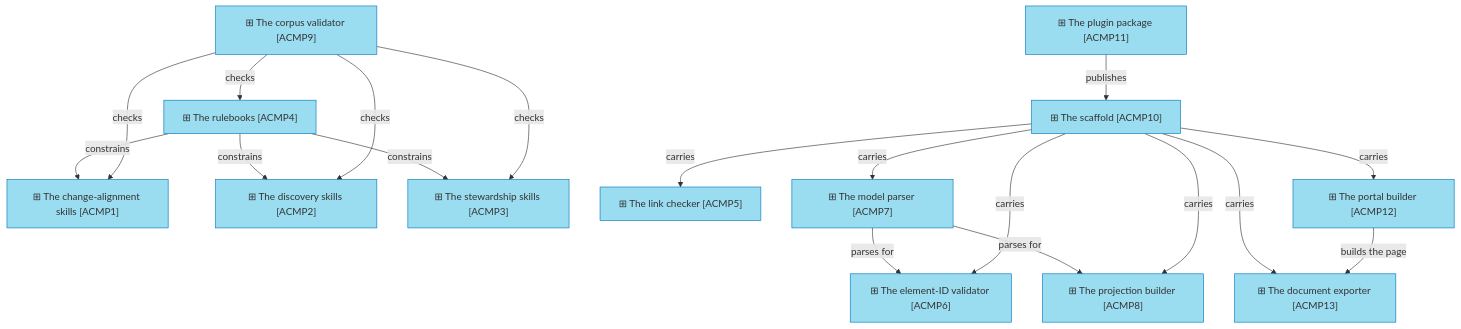
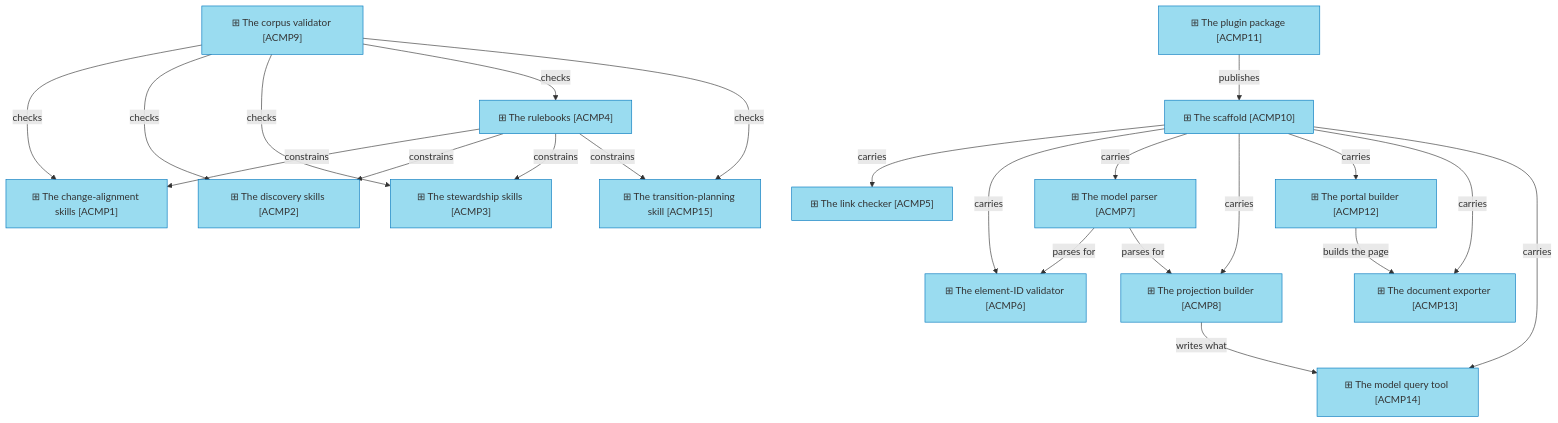
One commit to roanboc/architecture-archreator changed the second of 2 diagrams in product-archreator/architecture/4_application/2_application-components.md. Above: the diagram before and after it, drawn with Mermaid. The commit also changed other lines of this file and 15 other files, not shown here.

````diff
--- a/product-archreator/architecture/4_application/2_application-components.md
+++ b/product-archreator/architecture/4_application/2_application-components.md
@@ -33,36 +33,42 @@
 ```mermaid
 flowchart TB
   acmp1["⊞ The change-alignment skills [ACMP1]"]:::component
   acmp2["⊞ The discovery skills [ACMP2]"]:::component
   acmp3["⊞ The stewardship skills [ACMP3]"]:::component
   acmp4["⊞ The rulebooks [ACMP4]"]:::component
   acmp5["⊞ The link checker [ACMP5]"]:::component
   acmp6["⊞ The element-ID validator [ACMP6]"]:::component
   acmp7["⊞ The model parser [ACMP7]"]:::component
   acmp8["⊞ The projection builder [ACMP8]"]:::component
   acmp9["⊞ The corpus validator [ACMP9]"]:::component
   acmp10["⊞ The scaffold [ACMP10]"]:::component
   acmp11["⊞ The plugin package [ACMP11]"]:::component
   acmp12["⊞ The portal builder [ACMP12]"]:::component
   acmp13["⊞ The document exporter [ACMP13]"]:::component
+  acmp14["⊞ The model query tool [ACMP14]"]:::component
+  acmp15["⊞ The transition-planning skill [ACMP15]"]:::component
 
   acmp4 -->|constrains| acmp1
   acmp4 -->|constrains| acmp2
   acmp4 -->|constrains| acmp3
+  acmp4 -->|constrains| acmp15
   acmp7 -->|parses for| acmp6
   acmp7 -->|parses for| acmp8
+  acmp8 -->|writes what| acmp14
   acmp10 -->|carries| acmp5
   acmp10 -->|carries| acmp6
   acmp10 -->|carries| acmp7
   acmp10 -->|carries| acmp8
   acmp10 -->|carries| acmp12
   acmp10 -->|carries| acmp13
+  acmp10 -->|carries| acmp14
   acmp12 -->|builds the page| acmp13
   acmp11 -->|publishes| acmp10
   acmp9 -->|checks| acmp1
   acmp9 -->|checks| acmp2
   acmp9 -->|checks| acmp3
   acmp9 -->|checks| acmp4
+  acmp9 -->|checks| acmp15
 
   classDef component fill:#9adcf0,stroke:#0277bd,color:#333
 ```
````
